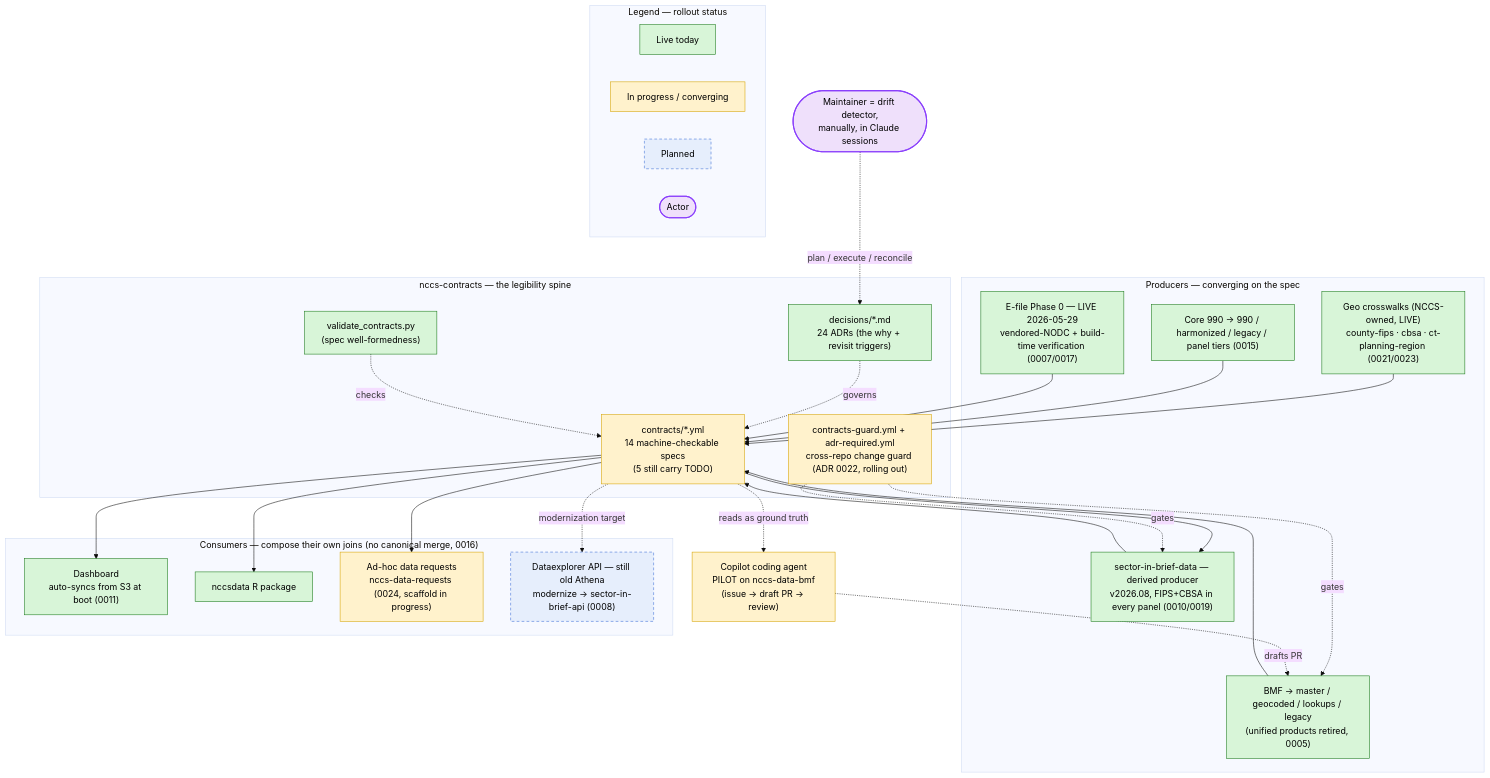
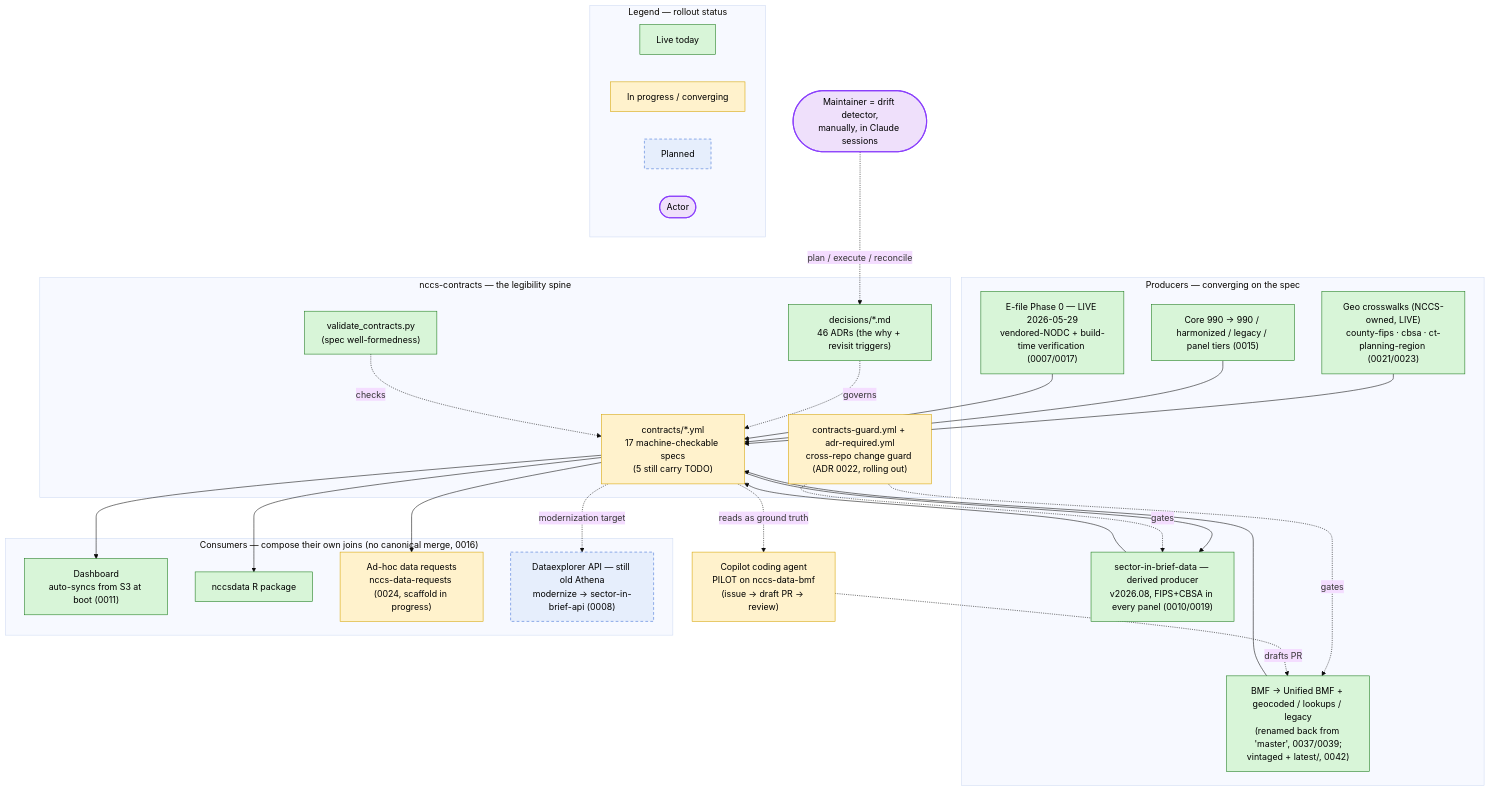
One commit to UrbanInstitute/nccs-contracts changed the second of 3 diagrams in docs/agentic-systems-design.md. Above: the diagram before and after it, drawn with Mermaid (base theme). The commit also changed other lines of this file and 7 other files, not shown here.

````diff
--- a/docs/agentic-systems-design.md
+++ b/docs/agentic-systems-design.md
@@ -90,51 +90,51 @@
 ```mermaid
   flowchart TB
       subgraph SPINE["nccs-contracts — the legibility spine"]
-          contracts["contracts/*.yml<br/>14 machine-checkable specs<br/>(5 still carry TODO)"]:::progress
-          adrs["decisions/*.md<br/>24 ADRs (the why + revisit triggers)"]:::live
+          contracts["contracts/*.yml<br/>17 machine-checkable specs<br/>(5 still carry TODO)"]:::progress
+          adrs["decisions/*.md<br/>46 ADRs (the why + revisit triggers)"]:::live
           validator["validate_contracts.py<br/>(spec well-formedness)"]:::live
           guard["contracts-guard.yml + adr-required.yml<br/>cross-repo change guard (ADR 0022, rolling out)"]:::progress
       end
 
       subgraph PRODN["Producers — converging on the spec"]
-          bmf["BMF → master / geocoded / lookups / legacy<br/>(unified products retired, 0005)"]:::live
+          bmf["BMF → Unified BMF + geocoded / lookups / legacy<br/>(renamed back from 'master', 0037/0039;<br/>vintaged + latest/, 0042)"]:::live
           xwalk["Geo crosswalks (NCCS-owned, LIVE)<br/>county-fips · cbsa · ct-planning-region (0021/0023)"]:::live
           core["Core 990 → 990 / harmonized / legacy / panel tiers (0015)"]:::live
           efile["E-file Phase 0 — LIVE 2026-05-29<br/>vendored-NODC + build-time verification (0007/0017)"]:::live
           sib["sector-in-brief-data — derived producer<br/>v2026.08, FIPS+CBSA in every panel (0010/0019)"]:::live
       end
 
       subgraph CONSN["Consumers — compose their own joins (no canonical merge, 0016)"]
           dash["Dashboard<br/>auto-syncs from S3 at boot (0011)"]:::live
           rpkg["nccsdata R package"]:::live
           adhoc["Ad-hoc data requests<br/>nccs-data-requests (0024, scaffold in progress)"]:::progress
           oldapi["Dataexplorer API — still old Athena<br/>modernize → sector-in-brief-api (0008)"]:::planned
       end
 
       bmf & xwalk & core & efile --> contracts
       sib --> contracts
       contracts --> dash & rpkg & sib & adhoc
       contracts -. modernization target .-> oldapi
       adrs -. governs .-> contracts
       validator -. checks .-> contracts
       guard -. gates .-> bmf & sib
 
       human(["Maintainer = drift detector,<br/>manually, in Claude sessions"]):::actor
       human -. plan / execute / reconcile .-> adrs
       copilot["Copilot coding agent<br/>PILOT on nccs-data-bmf<br/>(issue → draft PR → review)"]:::progress
       contracts -. reads as ground truth .-> copilot
       copilot -. drafts PR .-> bmf
 
       subgraph LEGEND["Legend — rollout status"]
           direction LR
           l1["Live today"]:::live
           l2["In progress / converging"]:::progress
           l3["Planned"]:::planned
           l4(["Actor"]):::actor
       end
 
       classDef live     fill:#d8f5d8,stroke:#1a7a1a,color:#000;
       classDef progress fill:#fff2cc,stroke:#d6a400,color:#000;
       classDef planned  fill:#e6eefc,stroke:#3b6fd6,stroke-dasharray:5 4,color:#000;
       classDef actor    fill:#efe0fb,stroke:#8a3ffc,stroke-width:2px,color:#000;
 ```
````
